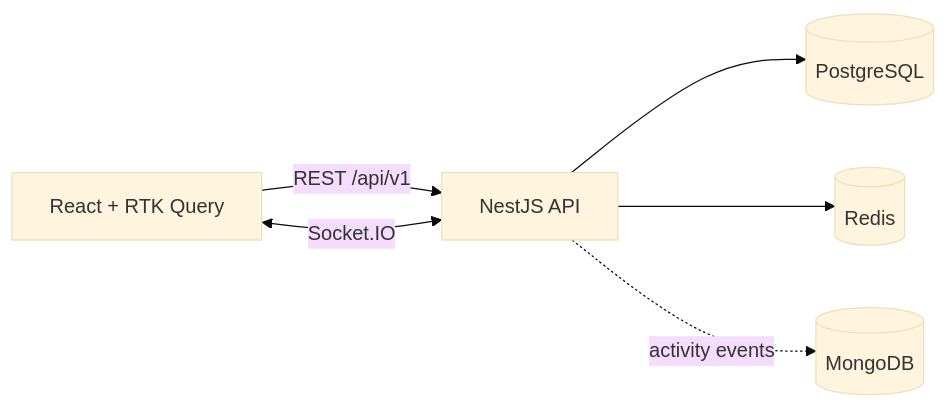
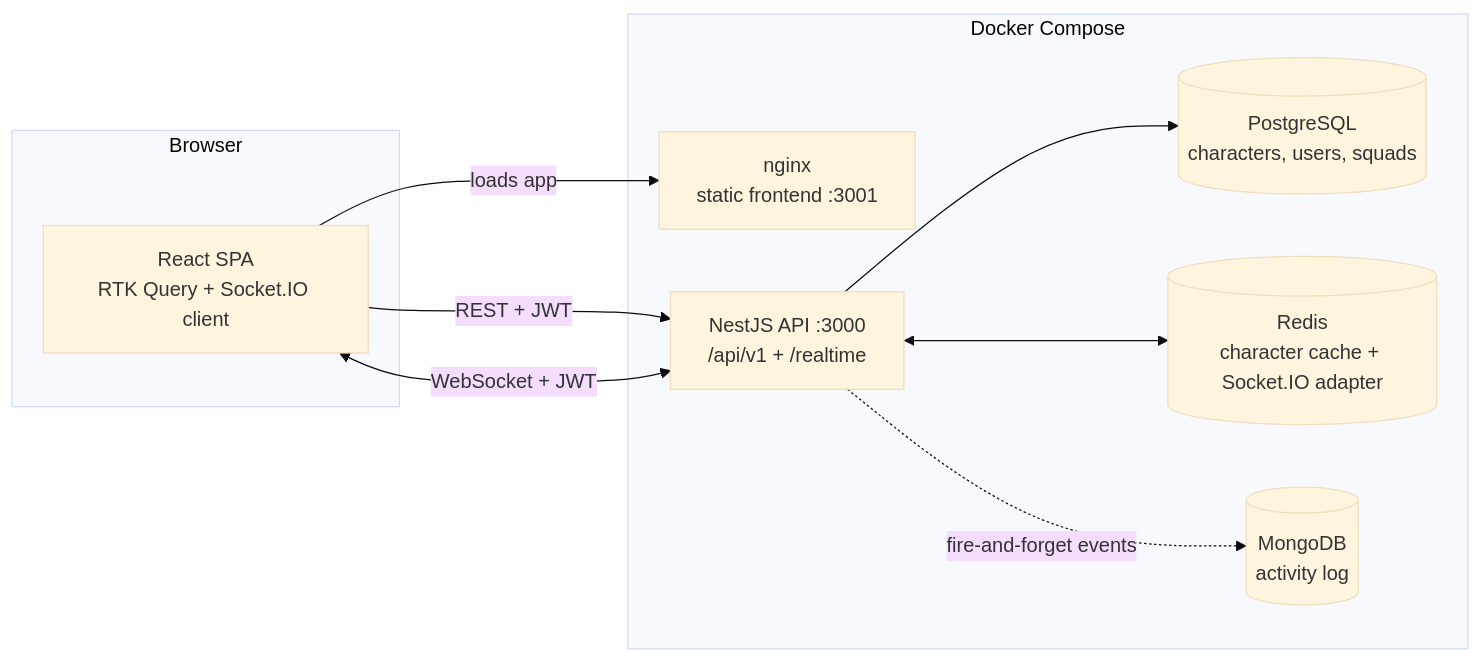
Before and after one commit to NarekEVN/squad-vuz-test: the first of 3 diagrams in README.md, drawn with Mermaid (base theme). The commit also changed other lines of this file and 1 other file, not shown here.

````diff
--- a/README.md
+++ b/README.md
@@ -83,8 +82,19 @@
 ```mermaid
 flowchart LR
-  FE[React + RTK Query] -- REST /api/v1 --> API[NestJS API]
-  FE <-- Socket.IO --> API
-  API --> PG[(PostgreSQL)]
-  API --> R[(Redis)]
-  API -. activity events .-> M[(MongoDB)]
+  subgraph Browser
+    FE[React SPA<br/>RTK Query + Socket.IO client]
+  end
+  subgraph Docker Compose
+    NG[nginx<br/>static frontend :3001]
+    API[NestJS API :3000<br/>/api/v1 + /realtime]
+    PG[(PostgreSQL<br/>characters, users, squads)]
+    R[(Redis<br/>character cache + Socket.IO adapter)]
+    M[(MongoDB<br/>activity log)]
+  end
+  FE -- loads app --> NG
+  FE -- REST + JWT --> API
+  FE <-- WebSocket + JWT --> API
+  API --> PG
+  API <--> R
+  API -. fire-and-forget events .-> M
 ```
````
